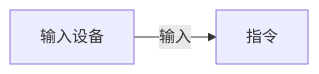
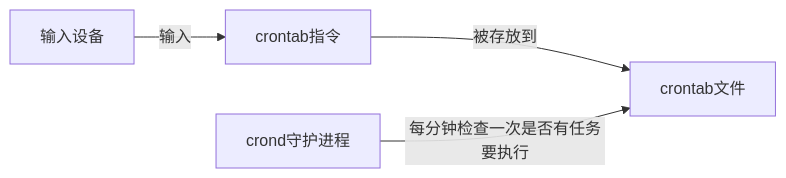
The diagram in 计算机/Linux/7 定时任务.md (poppop9/obsidian), drawn with Mermaid before and after one commit. The commit also changed other lines of this file and 4 other files, not shown here.

````diff
--- a/计算机/Linux/7 定时任务.md
+++ b/计算机/Linux/7 定时任务.md
@@ -2,4 +4,6 @@
 ```mermaid
 graph LR
-	a[输入设备]--输入-->b[指令]
+	a[输入设备]--输入-->b[crontab指令]
+	b--被存放到-->c[crontab文件]
+	d[crond守护进程]--每分钟检查一次是否有任务要执行-->c
 ```
````
